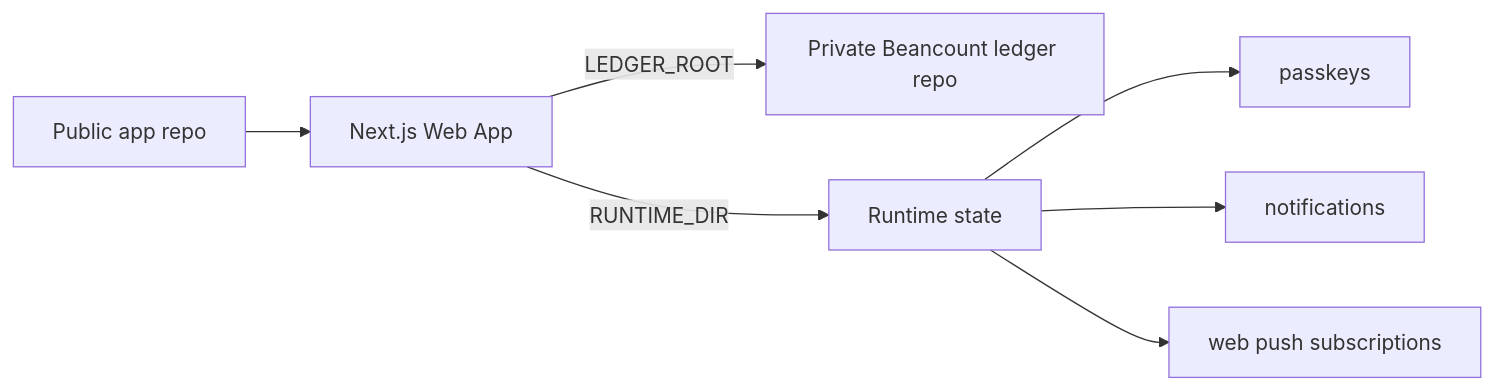
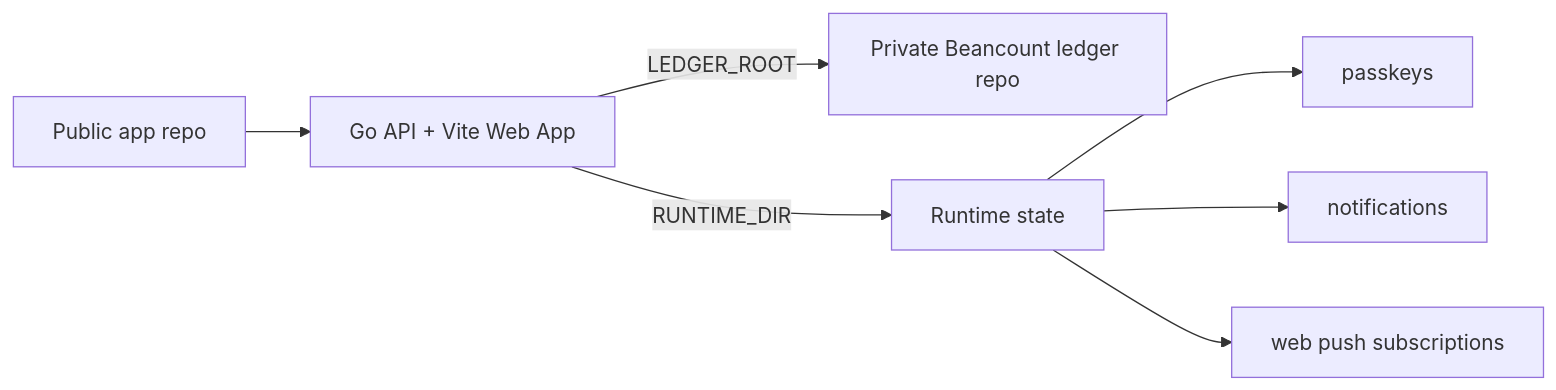
One commit to qiaoborui/beancount-ledger-web changed the diagram in README.md. Above: the diagram before and after it, drawn with Mermaid. The commit also changed 91 other files, not shown here.

````diff
--- a/README.md
+++ b/README.md
@@ -30,9 +30,9 @@
 ```mermaid
 graph LR
-    A[Public app repo] --> B[Next.js Web App]
+    A[Public app repo] --> B[Go API + Vite Web App]
     B -->|LEDGER_ROOT| C[Private Beancount ledger repo]
     B -->|RUNTIME_DIR| D[Runtime state]
     D --> E[passkeys]
     D --> F[notifications]
     D --> G[web push subscriptions]
 ```
````
